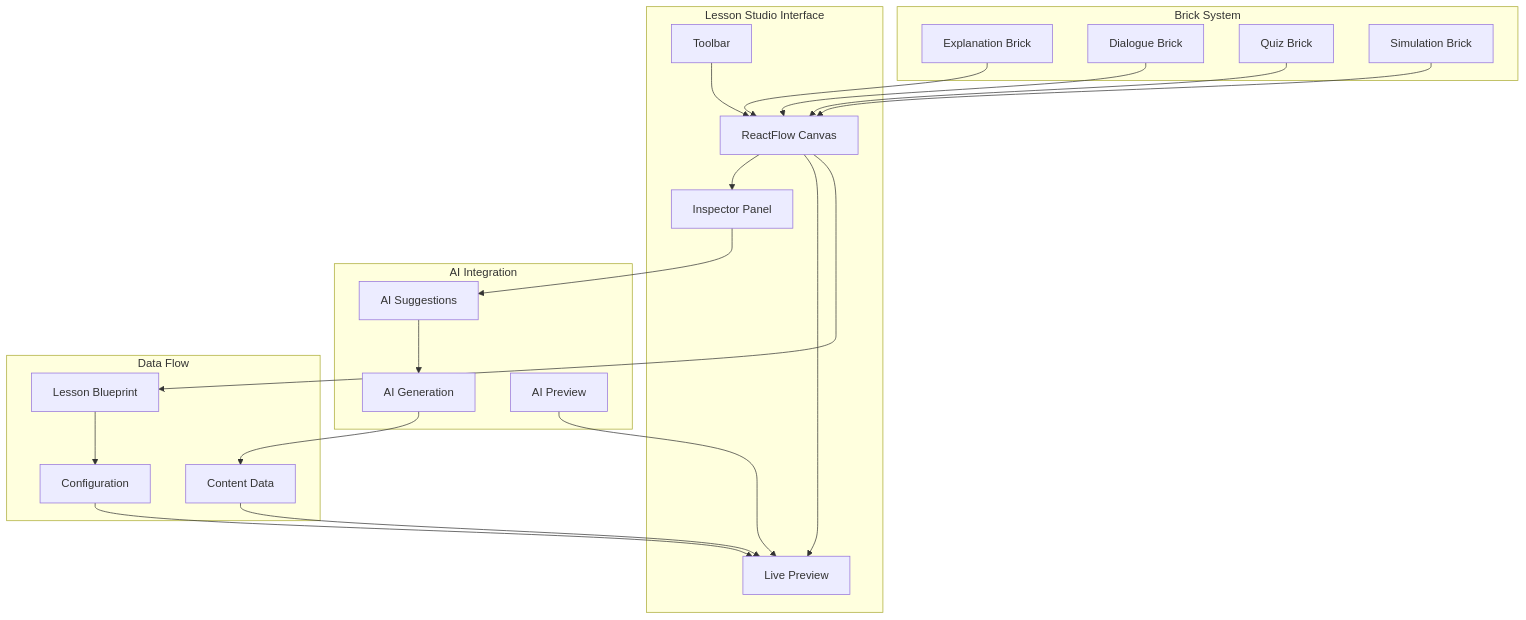
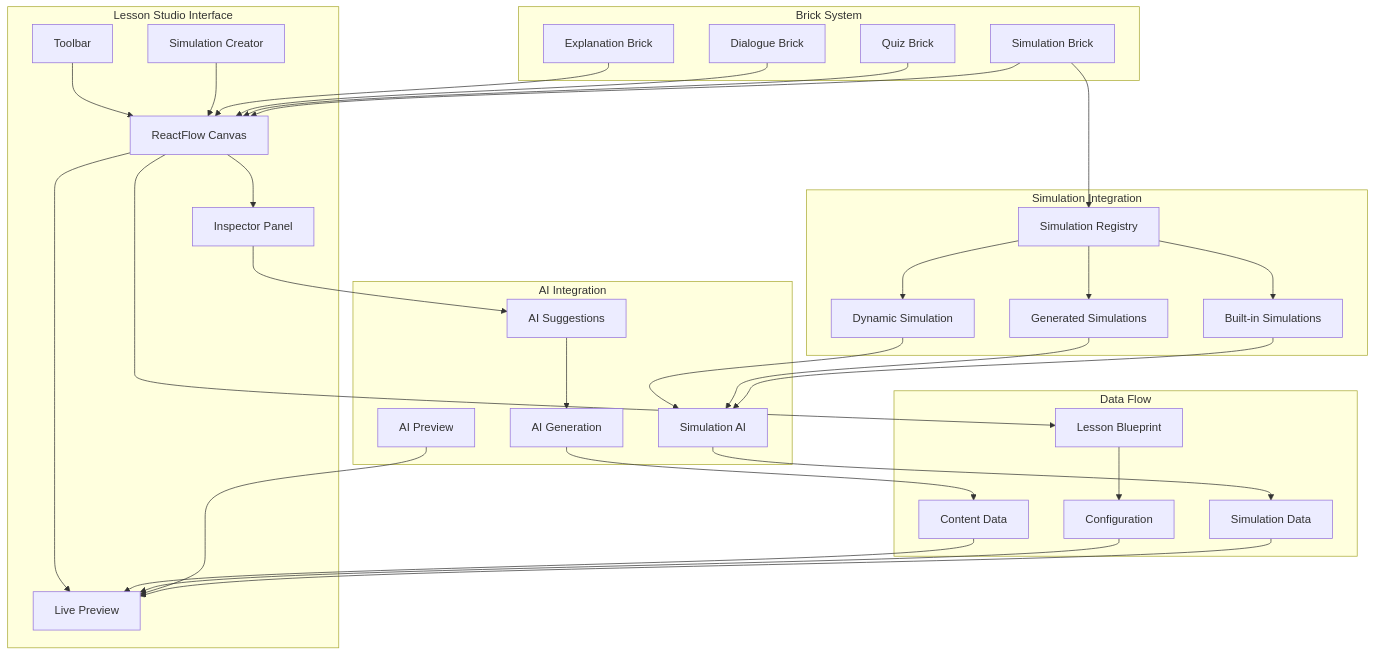
One commit to thetrungdtt/MathMind changed the fifth of 12 diagrams in Design.md. Above: the diagram before and after it, drawn with Mermaid. The commit also changed other lines of this file, not shown here.

````diff
--- a/Design.md
+++ b/Design.md
@@ -468,48 +751,71 @@
 ```mermaid
 graph TB
     subgraph "Lesson Studio Interface"
         Canvas[ReactFlow Canvas]
         Toolbar[Toolbar]
         Inspector[Inspector Panel]
         Preview[Live Preview]
+        SimCreator[Simulation Creator]
     end
     
     subgraph "Brick System"
         EB[Explanation Brick]
         DB[Dialogue Brick]
         QB[Quiz Brick]
         SB[Simulation Brick]
     end
     
     subgraph "AI Integration"
         AIS[AI Suggestions]
         AIG[AI Generation]
         AIP[AI Preview]
+        SimAI[Simulation AI]
+    end
+    
+    subgraph "Simulation Integration"
+        SimRegistry[Simulation Registry]
+        DynamicSim[Dynamic Simulation]
+        GeneratedSim[Generated Simulations]
+        BuiltInSim[Built-in Simulations]
     end
     
     subgraph "Data Flow"
         Blueprint[Lesson Blueprint]
         Content[Content Data]
         Config[Configuration]
+        SimData[Simulation Data]
     end
     
     Toolbar --> Canvas
     Canvas --> Inspector
     Canvas --> Preview
+    SimCreator --> Canvas
     
     EB --> Canvas
     DB --> Canvas
     QB --> Canvas
     SB --> Canvas
     
     Inspector --> AIS
     AIS --> AIG
     AIG --> Content
     Content --> Preview
     
     Canvas --> Blueprint
     Blueprint --> Config
     Config --> Preview
     
     AIP --> Preview
+    
+    SB --> SimRegistry
+    SimRegistry --> DynamicSim
+    SimRegistry --> GeneratedSim
+    SimRegistry --> BuiltInSim
+    
+    DynamicSim --> SimAI
+    GeneratedSim --> SimAI
+    BuiltInSim --> SimAI
+    
+    SimAI --> SimData
+    SimData --> Preview
 ```
````
